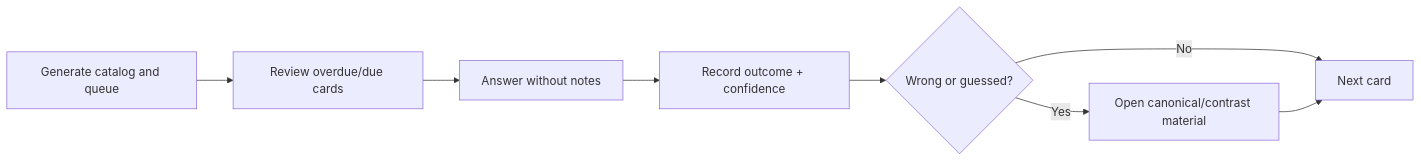
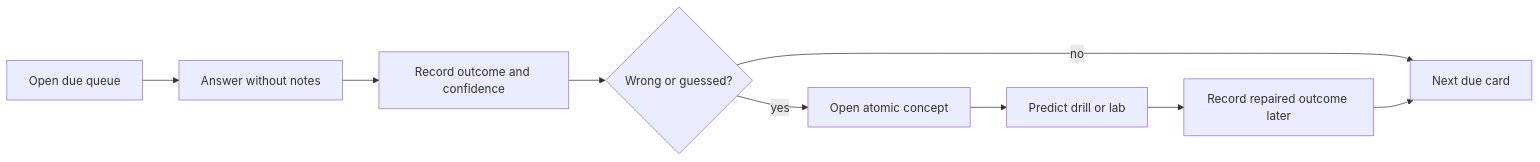
The diagram in 00_HOME/Card Review Dashboard.md (alimbetov/obsidian), drawn with Mermaid before and after one commit. The commit also changed other lines of this file, not shown here.

Commit message:
docs: improve card review user workflow

````diff
--- a/00_HOME/Card Review Dashboard.md
+++ b/00_HOME/Card Review Dashboard.md
@@ -18,10 +56,11 @@
 ```mermaid
 flowchart LR
-    AUDIT["Generate catalog and queue"] --> DUE["Review overdue/due cards"]
-    DUE --> ANSWER["Answer without notes"]
-    ANSWER --> OUTCOME["Record outcome + confidence"]
-    OUTCOME --> GAP{"Wrong or guessed?"}
-    GAP -->|"Yes"| CONCEPT["Open canonical/contrast material"]
-    GAP -->|"No"| NEXT["Next card"]
-    CONCEPT --> NEXT
+    OPEN[Open due queue] --> ANSWER[Answer without notes]
+    ANSWER --> RATE[Record outcome and confidence]
+    RATE --> GAP{Wrong or guessed?}
+    GAP -->|yes| NOTE[Open atomic concept]
+    NOTE --> PREDICT[Predict drill or lab]
+    PREDICT --> RECORD[Record repaired outcome later]
+    GAP -->|no| NEXT[Next due card]
+    RECORD --> NEXT
 ```
````
